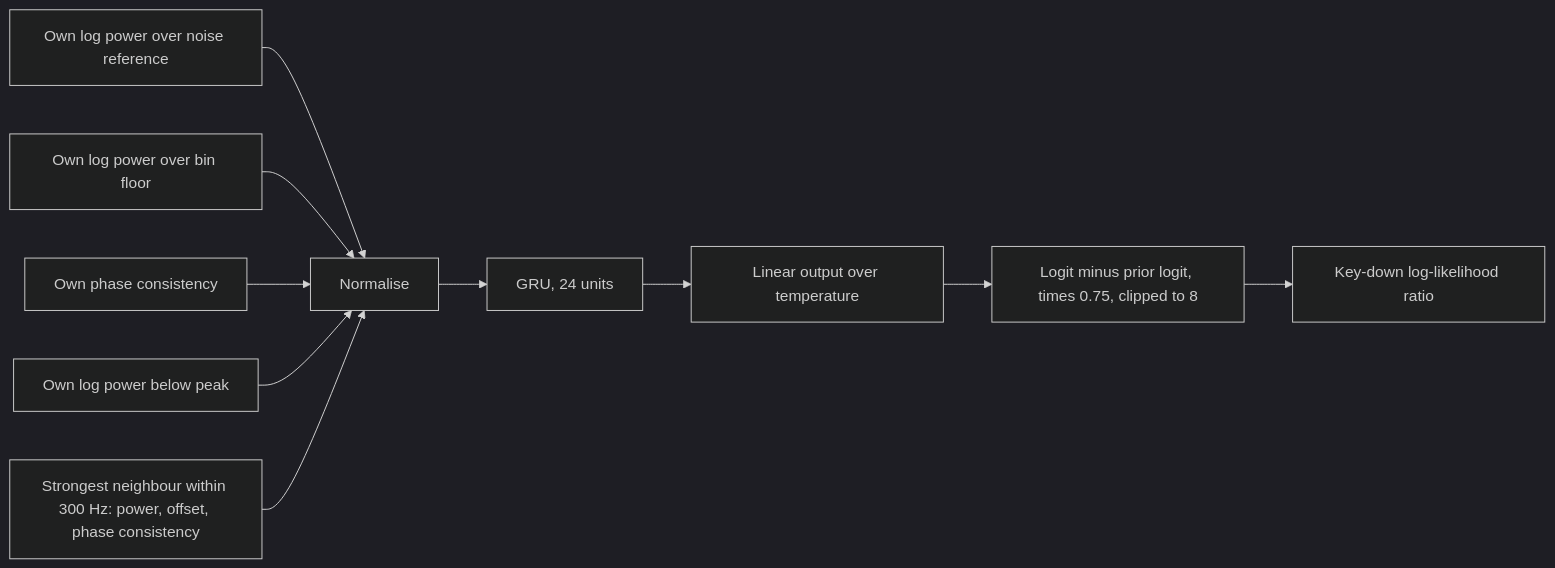
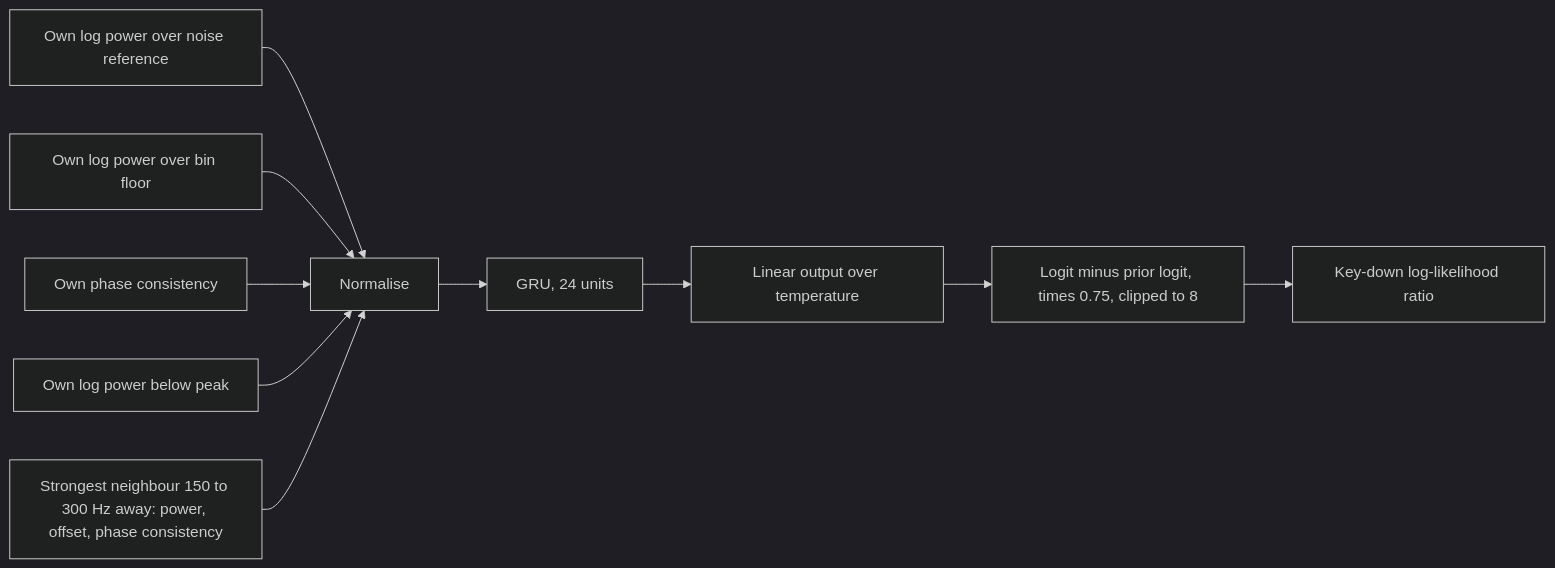
One commit to nextzlog/rumo changed the second of 7 diagrams in README.md. Above: the diagram before and after it, drawn with Mermaid (dark theme). The commit also changed other lines of this file and 3 other files, not shown here.

````diff
--- a/README.md
+++ b/README.md
@@ -77,12 +83,12 @@
 ```mermaid
 flowchart LR
   A[Own log power over noise reference] --> F[Normalise]
   B[Own log power over bin floor] --> F
   C[Own phase consistency] --> F
   D[Own log power below peak] --> F
-  E[Strongest neighbour within 300 Hz: power, offset, phase consistency] --> F
+  E[Strongest neighbour 150 to 300 Hz away: power, offset, phase consistency] --> F
   F --> G[GRU, 24 units]
   G --> H[Linear output over temperature]
   H --> I[Logit minus prior logit, times 0.75, clipped to 8]
   I --> J[Key-down log-likelihood ratio]
 ```
````
